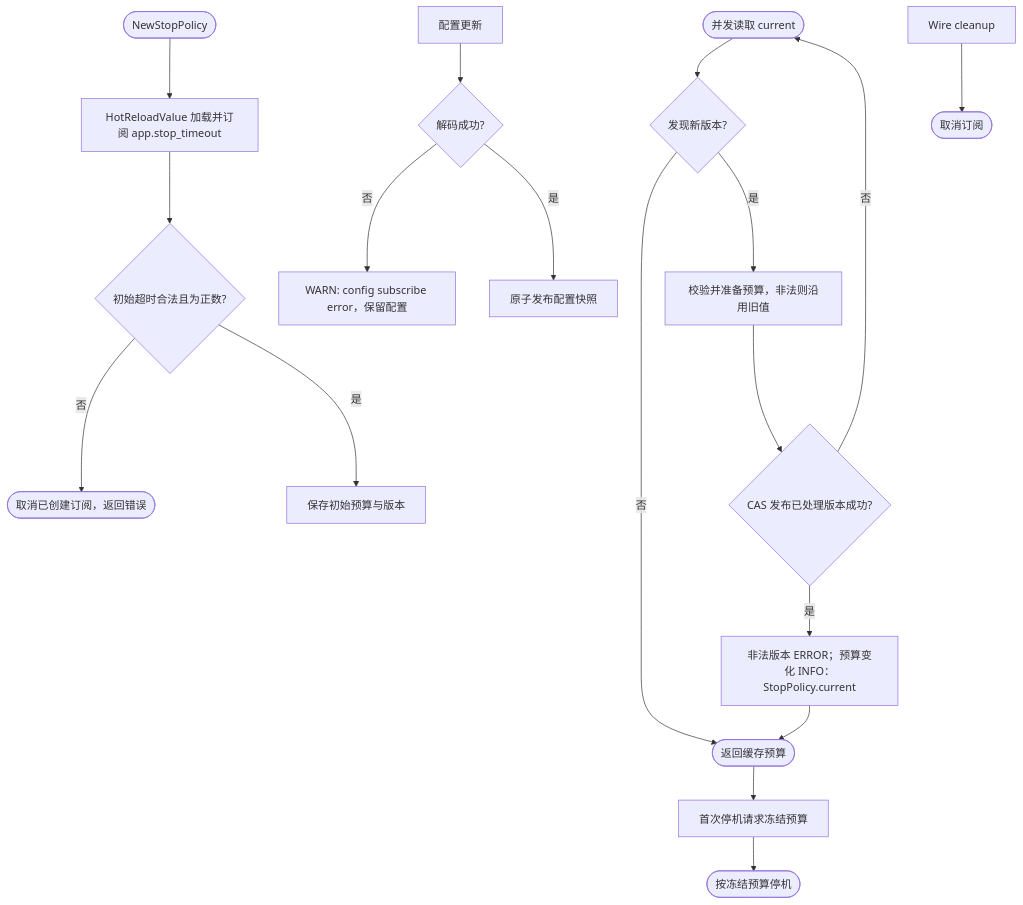
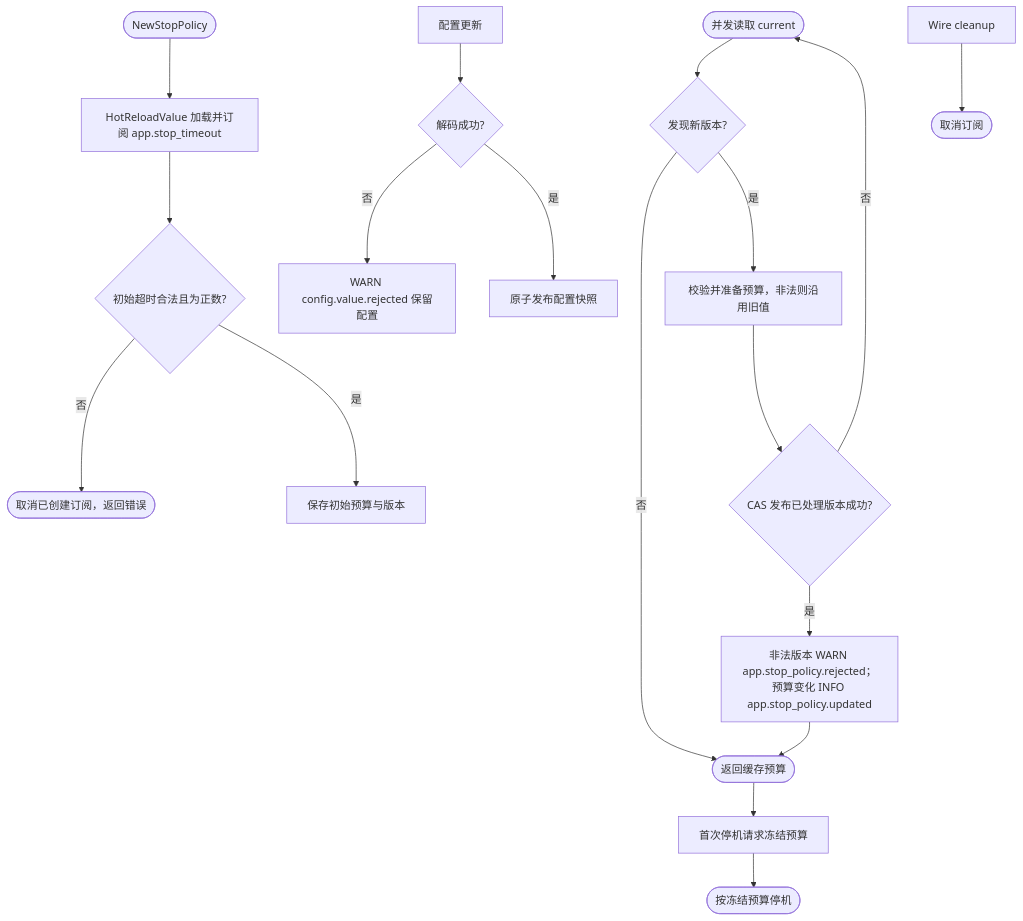
One commit to jaggerzhuang1994/kratos-foundation changed the eighth of 12 diagrams in pkg/app/README.md. Above: the diagram before and after it, drawn with Mermaid. The commit also changed other lines of this file and 204 other files, not shown here.

````diff
--- a/pkg/app/README.md
+++ b/pkg/app/README.md
@@ -146,20 +229,20 @@
 ```mermaid
 flowchart TD
     A([NewStopPolicy]) --> B[HotReloadValue 加载并订阅 app.stop_timeout]
     B --> C{初始超时合法且为正数?}
     C -- 否 --> D([取消已创建订阅，返回错误])
     C -- 是 --> E[保存初始预算与版本]
     U[配置更新] --> V{解码成功?}
-    V -- 否 --> W[WARN: config subscribe error，保留配置]
+    V -- 否 --> W[WARN config.value.rejected 保留配置]
     V -- 是 --> X[原子发布配置快照]
     R([并发读取 current]) --> S{发现新版本?}
     S -- 否 --> T([返回缓存预算])
     S -- 是 --> F[校验并准备预算，非法则沿用旧值]
     F --> G{CAS 发布已处理版本成功?}
     G -- 否 --> R
-    G -- 是 --> H[非法版本 ERROR；预算变化 INFO：StopPolicy.current]
+    G -- 是 --> H[非法版本 WARN app.stop_policy.rejected；预算变化 INFO app.stop_policy.updated]
     H --> T
     T --> I[首次停机请求冻结预算]
     I --> J([按冻结预算停机])
     K[Wire cleanup] --> L([取消订阅])
 ```
````
